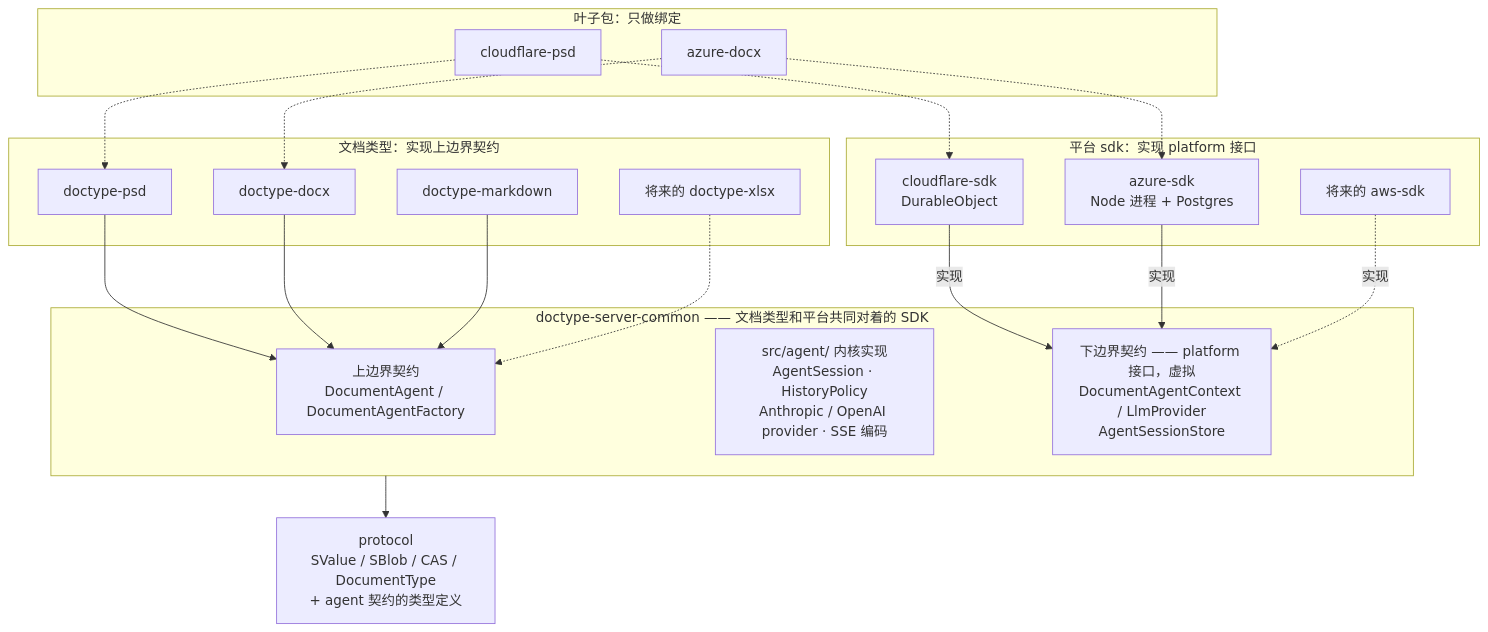
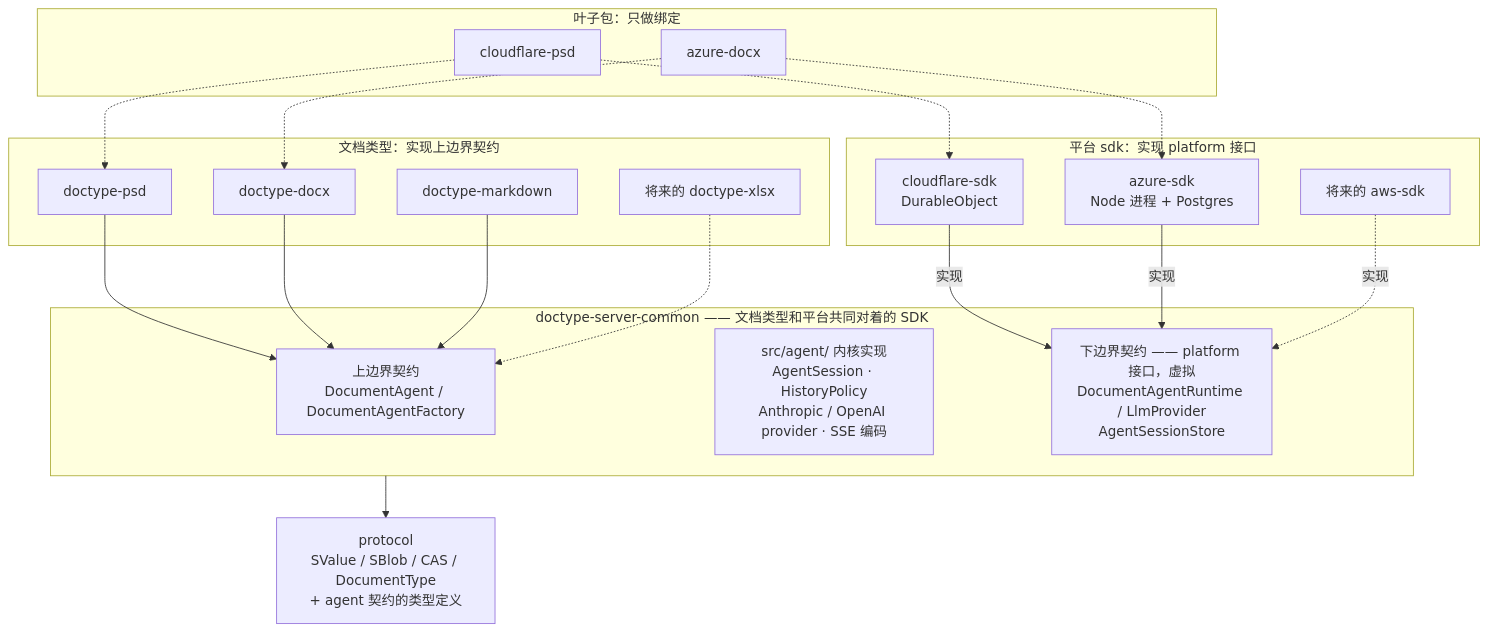
One commit to shazhou-ww/unidocs changed the fourth of 15 diagrams in docs/superpowers/specs/2026-08-26-agent-sdk-design.md. Above: the diagram before and after it, drawn with Mermaid. The commit also changed other lines of this file, not shown here.

First line of the commit message:
docs(agent-sdk): DocumentAgentContext 改名 DocumentAgentRuntime,并拆出 readBlob

````diff
--- a/docs/superpowers/specs/2026-08-26-agent-sdk-design.md
+++ b/docs/superpowers/specs/2026-08-26-agent-sdk-design.md
@@ -279,44 +279,44 @@
 ```mermaid
 flowchart TB
     subgraph dt["文档类型：实现上边界契约"]
         psd["doctype-psd"]
         docx["doctype-docx"]
         md["doctype-markdown"]
         xlsx["将来的 doctype-xlsx"]
     end
 
     subgraph sdk["doctype-server-common —— 文档类型和平台共同对着的 SDK"]
         UP["上边界契约<br/>DocumentAgent / DocumentAgentFactory"]
         KERNEL["src/agent/ 内核实现<br/>AgentSession · HistoryPolicy<br/>Anthropic / OpenAI provider · SSE 编码"]
-        DOWN["下边界契约 —— platform 接口，虚拟<br/>DocumentAgentContext / LlmProvider<br/>AgentSessionStore"]
+        DOWN["下边界契约 —— platform 接口，虚拟<br/>DocumentAgentRuntime / LlmProvider<br/>AgentSessionStore"]
     end
 
     subgraph plat["平台 sdk：实现 platform 接口"]
         cf["cloudflare-sdk<br/>DurableObject"]
         az["azure-sdk<br/>Node 进程 + Postgres"]
         aws["将来的 aws-sdk"]
     end
 
     subgraph leaf["叶子包：只做绑定"]
         L1["cloudflare-psd"]
         L2["azure-docx"]
     end
 
     proto["protocol<br/>SValue / SBlob / CAS / DocumentType<br/>+ agent 契约的类型定义"]
 
     psd --> UP
     docx --> UP
     md --> UP
     xlsx -.-> UP
 
     cf -->|"实现"| DOWN
     az -->|"实现"| DOWN
     aws -.->|"实现"| DOWN
 
     sdk --> proto
 
     L1 -.-> psd
     L1 -.-> cf
     L2 -.-> docx
     L2 -.-> az
 ```
````
